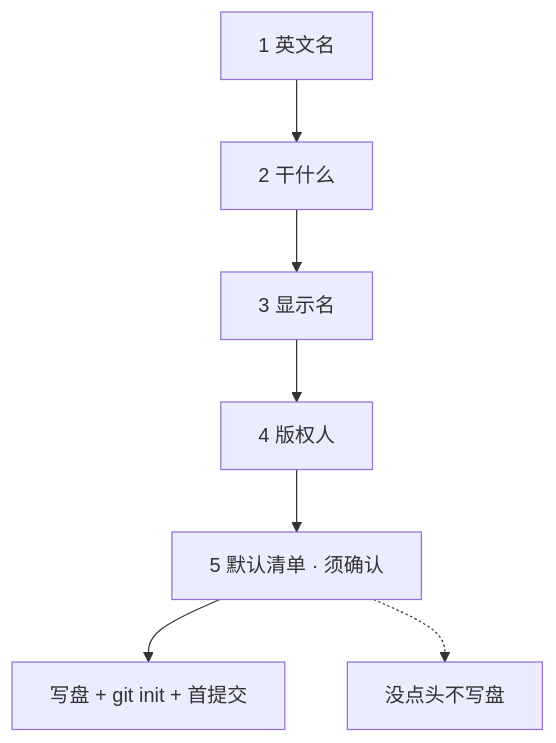
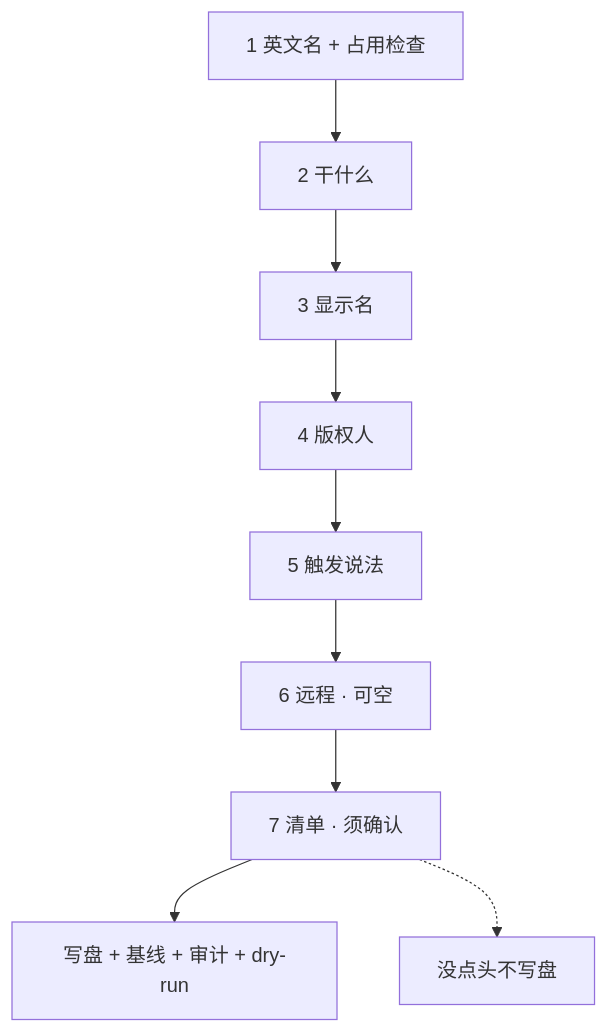
The second of 2 diagrams in examples/01-初始化空文件夹.md (qiusuo0226/skill-devkit-skill), drawn with Mermaid before and after one commit. The commit also changed other lines of this file and 15 other files, not shown here.

````diff
--- a/examples/01-初始化空文件夹.md
+++ b/examples/01-初始化空文件夹.md
@@ -30,9 +33,11 @@
 ```mermaid
 flowchart TB
-    S1["1 英文名"] --> S2["2 干什么"]
+    S1["1 英文名 + 占用检查"] --> S2["2 干什么"]
     S2 --> S3["3 显示名"]
     S3 --> S4["4 版权人"]
-    S4 --> S5["5 默认清单 · 须确认"]
-    S5 --> W["写盘 + git init + 首提交"]
-    S5 -.-> X["没点头不写盘"]
+    S4 --> S5["5 触发说法"]
+    S5 --> S6["6 远程 · 可空"]
+    S6 --> S7["7 清单 · 须确认"]
+    S7 --> W["写盘 + 基线 + 审计 + dry-run"]
+    S7 -.-> X["没点头不写盘"]
 ```
````
